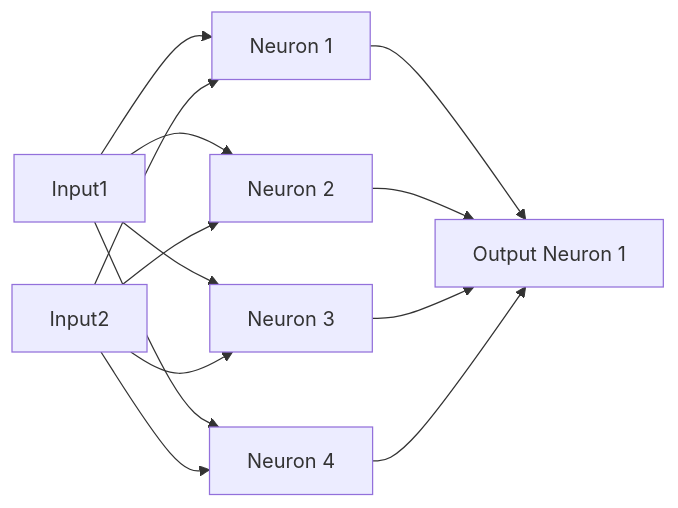
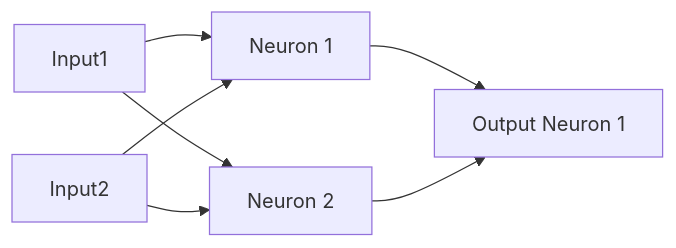
One commit to vesas/java-nn changed the diagram in README.md. Above: the diagram before and after it, drawn with Mermaid.

````diff
--- a/README.md
+++ b/README.md
@@ -30,16 +30,10 @@
 ```mermaid
 graph LR;
 Input1 --> L1_N1[Neuron 1]
 Input2 --> L1_N1[Neuron 1]
 Input1 --> L1_N2[Neuron 2]
 Input2 --> L1_N2[Neuron 2]
-Input1 --> L1_N3[Neuron 3]
-Input2 --> L1_N3[Neuron 3]
-Input1 --> L1_N4[Neuron 4]
-Input2 --> L1_N4[Neuron 4]
 
 L1_N1[Neuron 1] --> L2_N1[Output Neuron 1]
 L1_N2[Neuron 2] --> L2_N1[Output Neuron 1]
-L1_N3[Neuron 3] --> L2_N1[Output Neuron 1]
-L1_N4[Neuron 4] --> L2_N1[Output Neuron 1]
 ```
````
